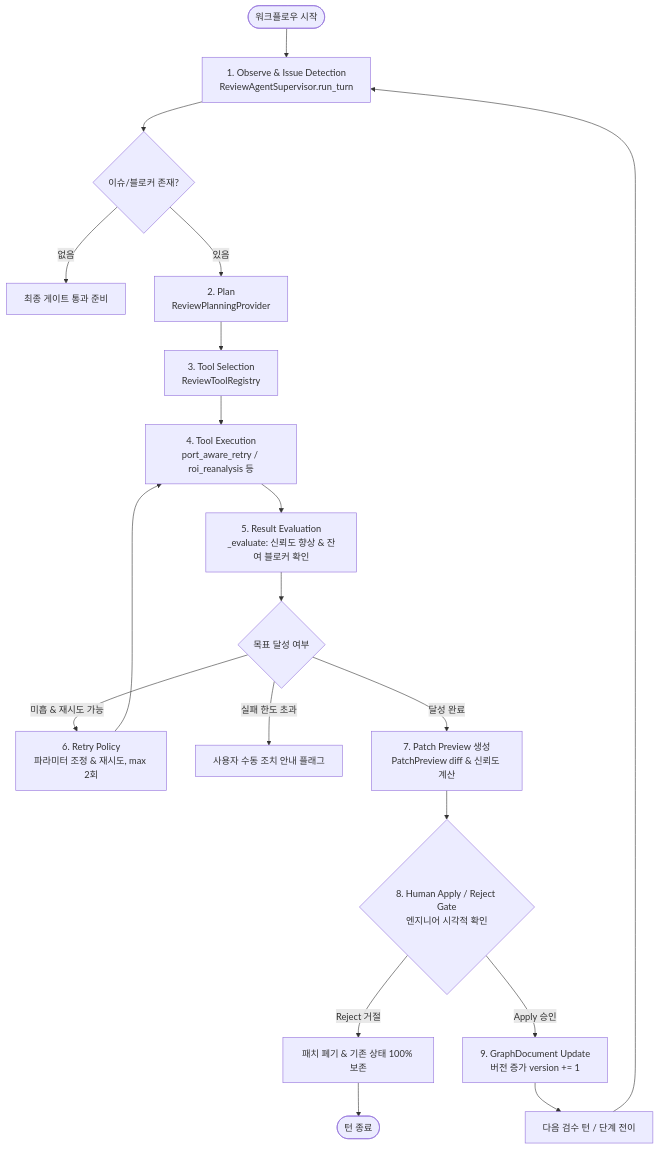
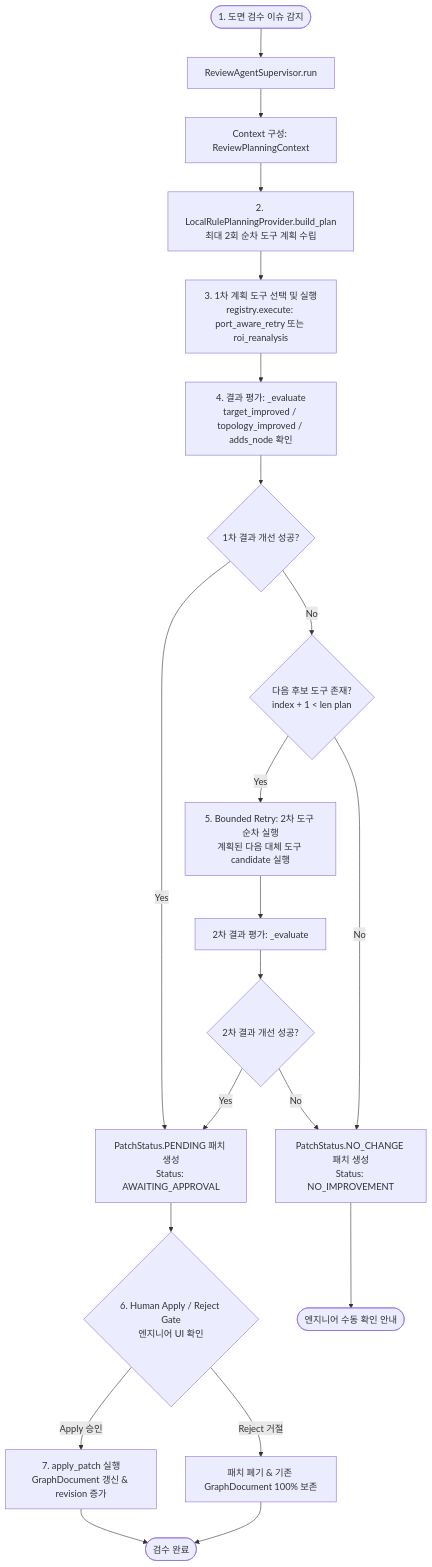
One commit to dptjddl285-ship-it/Powerflow-calculator changed the diagram in AGENTIC_WORKFLOW.md. Above: the diagram before and after it, drawn with Mermaid. The commit also changed other lines of this file and 5 other files, not shown here.

````diff
--- a/AGENTIC_WORKFLOW.md
+++ b/AGENTIC_WORKFLOW.md
@@ -46,28 +44,30 @@
 ```mermaid
 flowchart TD
-    Start([워크플로우 시작]) --> Observe[1. Observe & Issue Detection<br/>ReviewAgentSupervisor.run_turn]
-    Observe --> CheckBlocker{이슈/블로커 존재?}
+    Start([1. 도면 검수 이슈 감지]) --> Supervisor[ReviewAgentSupervisor.run]
+    Supervisor --> Context[Context 구성: ReviewPlanningContext]
+    Context --> Plan[2. LocalRulePlanningProvider.build_plan<br/>최대 2회 순차 도구 계획 수립]
     
-    CheckBlocker -- 없음 --> FinalGate[최종 게이트 통과 준비]
-    CheckBlocker -- 있음 --> Plan[2. Plan<br/>ReviewPlanningProvider]
+    Plan --> Step1[3. 1차 계획 도구 선택 및 실행<br/>registry.execute: port_aware_retry 또는 roi_reanalysis]
+    Step1 --> Eval1[4. 결과 평가: _evaluate<br/>target_improved / topology_improved / adds_node 확인]
     
-    Plan --> SelectTool[3. Tool Selection<br/>ReviewToolRegistry]
-    SelectTool --> Execute[4. Tool Execution<br/>port_aware_retry / roi_reanalysis 등]
+    Eval1 --> Check1{1차 결과 개선 성공?}
+    Check1 -- Yes --> SuccessPatch[PatchStatus.PENDING 패치 생성<br/>Status: AWAITING_APPROVAL]
     
-    Execute --> Evaluate[5. Result Evaluation<br/>_evaluate: 신뢰도 향상 & 잔여 블로커 확인]
-    Evaluate --> EvalCheck{목표 달성 여부}
+    Check1 -- No --> RetryCheck{다음 후보 도구 존재?<br/>index + 1 < len plan}
+    RetryCheck -- Yes --> Step2[5. Bounded Retry: 2차 도구 순차 실행<br/>계획된 다음 대체 도구 candidate 실행]
+    Step2 --> Eval2[2차 결과 평가: _evaluate]
+    Eval2 --> Check2{2차 결과 개선 성공?}
+    Check2 -- Yes --> SuccessPatch
+    Check2 -- No --> NoImprovePatch[PatchStatus.NO_CHANGE 패치 생성<br/>Status: NO_IMPROVEMENT]
     
-    EvalCheck -- 미흡 & 재시도 가능 --> Retry[6. Retry Policy<br/>파라미터 조정 & 재시도, max 2회]
-    Retry --> Execute
+    RetryCheck -- No --> NoImprovePatch
     
-    EvalCheck -- 실패 한도 초과 --> Escalate[사용자 수동 조치 안내 플래그]
-    EvalCheck -- 달성 완료 --> PatchPreview[7. Patch Preview 생성<br/>PatchPreview diff & 신뢰도 계산]
+    SuccessPatch --> HumanGate{6. Human Apply / Reject Gate<br/>엔지니어 UI 확인}
+    NoImprovePatch --> EndNotice([엔지니어 수동 확인 안내])
     
-    PatchPreview --> HumanGate{8. Human Apply / Reject Gate<br/>엔지니어 시각적 확인}
-    HumanGate -- Reject 거절 --> DropPatch[패치 폐기 & 기존 상태 100% 보존]
-    HumanGate -- Apply 승인 --> UpdateDoc[9. GraphDocument Update<br/>버전 증가 version += 1]
+    HumanGate -- Reject 거절 --> Discard[패치 폐기 & 기존 GraphDocument 100% 보존]
+    HumanGate -- Apply 승인 --> ApplyPatch[7. apply_patch 실행<br/>GraphDocument 갱신 & revision 증가]
     
-    UpdateDoc --> LoopNext[다음 검수 턴 / 단계 전이]
-    DropPatch --> EndTurn([턴 종료])
-    LoopNext --> Observe
+    ApplyPatch --> Done([검수 완료])
+    Discard --> Done
 ```
````
